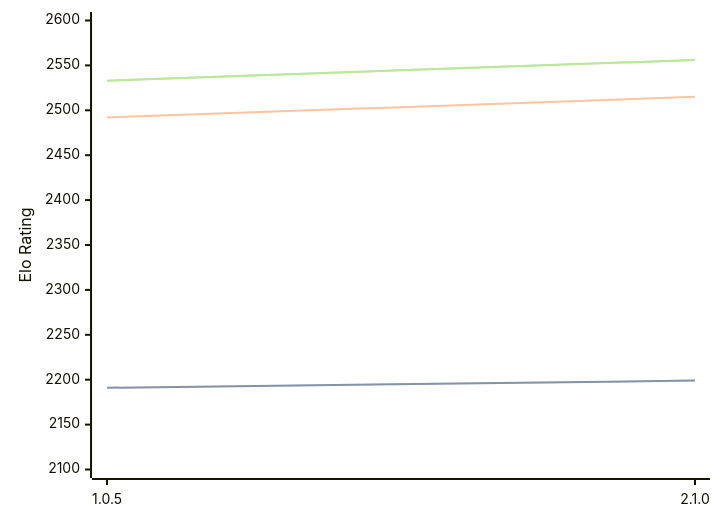
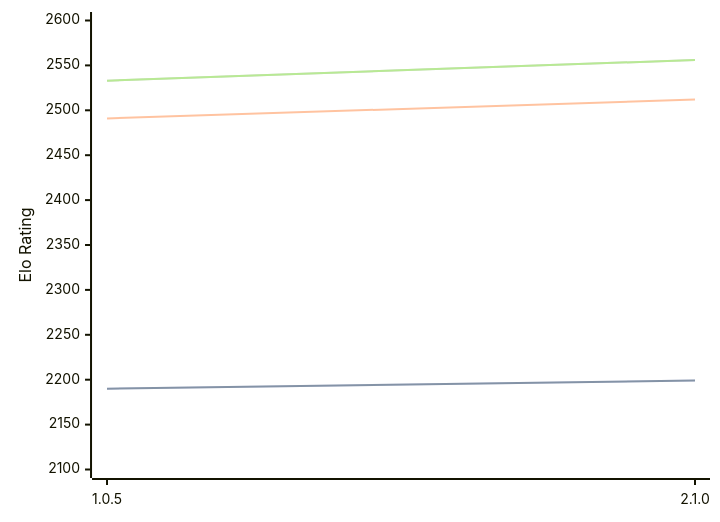
Before and after one commit to computer-chess-index/cci: the diagram in engines/Ruffian.md, drawn with Mermaid. The commit also changed other lines of this file, not shown here.

Commit message:
Update CCI Ratings (ELO VLTC) - 2026-03-05

````diff
--- a/engines/Ruffian.md
+++ b/engines/Ruffian.md
@@ -30,11 +30,11 @@
 ```mermaid
 %%{init: {"theme":"base","themeVariables":{"seriesColors:['#a3a3a3','#222221','#faa371']}}}%%
 xychart-beta
   x-axis ["1.0.5", "2.1.0"]
   y-axis "Elo Rating" 2100 --> 2600
-  line "STC (8.0+0.08s)" [2191, 2199]
-  line "STC (8.0+0.08s)" [2191, 2199]
-  line "LTC (60.0+0.60s)" [2492, 2515]
+  line "STC (8.0+0.08s)" [2190, 2199]
+  line "STC (8.0+0.08s)" [2190, 2199]
+  line "LTC (60.0+0.60s)" [2491, 2512]
   line "VLTC (2m24s+1.12s)" [2533, 2556]
   line "VLTC (2m24s+1.12s)" [2533, 2556]
 ```
````
